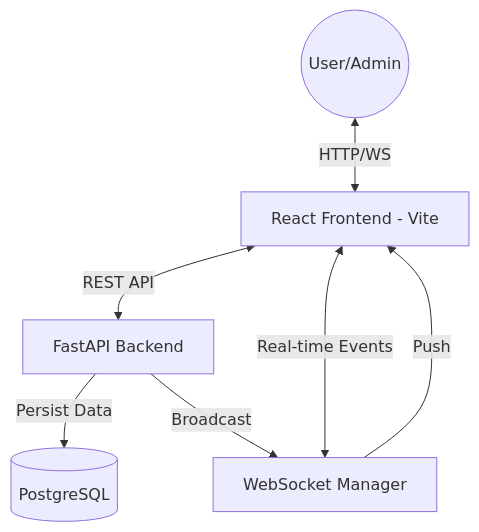
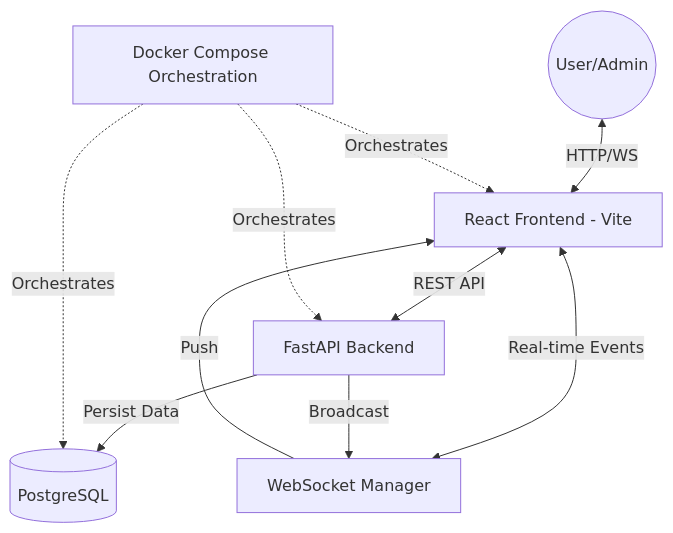
One commit to GlitchSadik/notification-hub changed the diagram in README.md. Above: the diagram before and after it, drawn with Mermaid. The commit also changed other lines of this file, not shown here.

Commit message:
docs: highlight Docker orchestration in README

````diff
--- a/README.md
+++ b/README.md
@@ -7,15 +7,19 @@
 ```mermaid
 graph TD
     User((User/Admin))
     Frontend[React Frontend - Vite]
     Backend[FastAPI Backend]
     DB[(PostgreSQL)]
     WS[WebSocket Manager]
+    Docker[Docker Compose Orchestration]
 
     User <-->|HTTP/WS| Frontend
     Frontend <-->|REST API| Backend
     Frontend <-->|Real-time Events| WS
     Backend -->|Persist Data| DB
     Backend -->|Broadcast| WS
     WS -->|Push| Frontend
+    Docker -.->|Orchestrates| Frontend
+    Docker -.->|Orchestrates| Backend
+    Docker -.->|Orchestrates| DB
 ```
````
